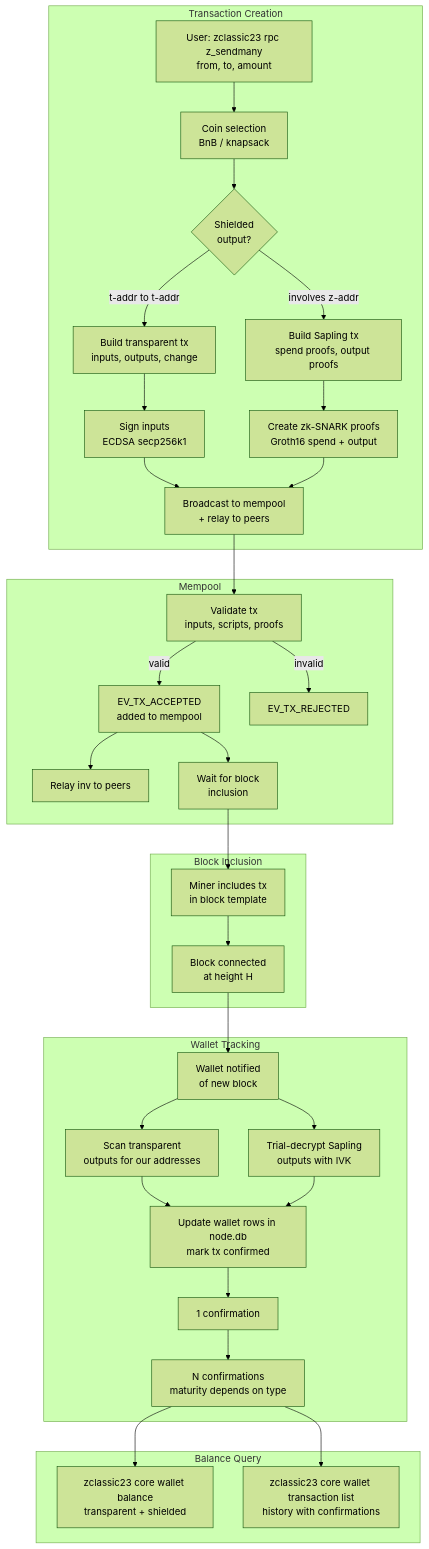
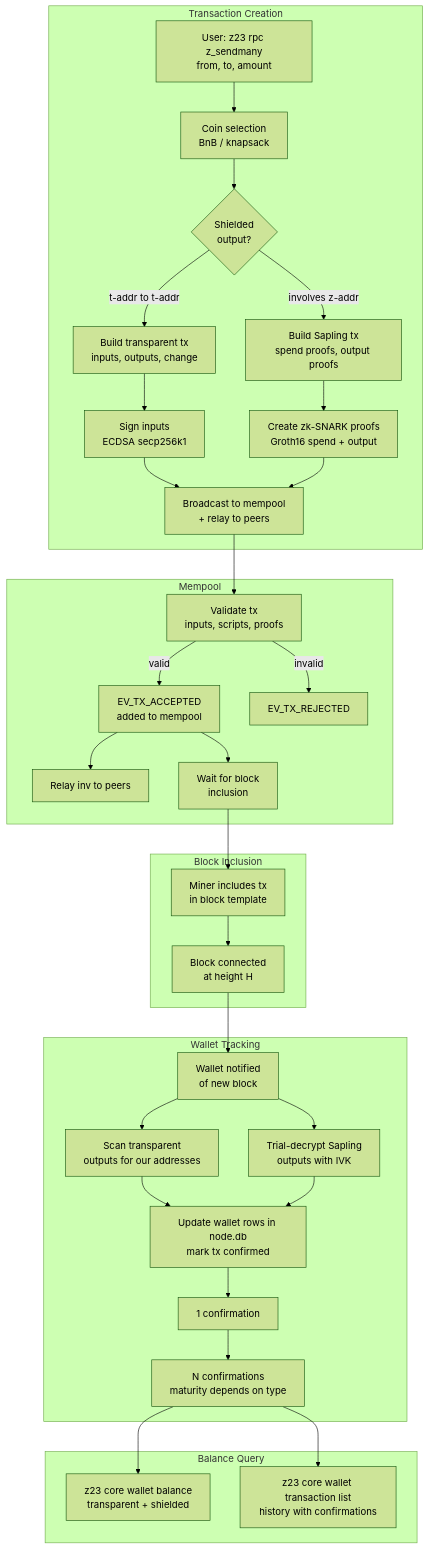
The fourth of 5 diagrams in docs/ARCHITECTURE_DIAGRAMS.md (ZclassiC23/zclassic), drawn with Mermaid (forest theme) before and after one commit. The commit also changed other lines of this file and 539 other files, not shown here.

````diff
--- a/docs/ARCHITECTURE_DIAGRAMS.md
+++ b/docs/ARCHITECTURE_DIAGRAMS.md
@@ -193,43 +193,43 @@
 ```mermaid
 flowchart TD
     subgraph Create["Transaction Creation"]
-        USER[User: zclassic23 rpc z_sendmany<br/>from, to, amount] --> SELECT[Coin selection<br/>BnB / knapsack]
+        USER[User: z23 rpc z_sendmany<br/>from, to, amount] --> SELECT[Coin selection<br/>BnB / knapsack]
         SELECT --> TRANSPARENT{Shielded<br/>output?}
         TRANSPARENT -->|t-addr to t-addr| BUILD_T[Build transparent tx<br/>inputs, outputs, change]
         TRANSPARENT -->|involves z-addr| BUILD_S[Build Sapling tx<br/>spend proofs, output proofs]
         BUILD_T --> SIGN_T[Sign inputs<br/>ECDSA secp256k1]
         BUILD_S --> SIGN_S[Create zk-SNARK proofs<br/>Groth16 spend + output]
         SIGN_T --> BROADCAST
         SIGN_S --> BROADCAST
     end
 
     BROADCAST[Broadcast to mempool<br/>+ relay to peers]
 
     subgraph Mempool["Mempool"]
         BROADCAST --> MEMPOOL_CHECK[Validate tx<br/>inputs, scripts, proofs]
         MEMPOOL_CHECK -->|valid| ACCEPT_MP[EV_TX_ACCEPTED<br/>added to mempool]
         MEMPOOL_CHECK -->|invalid| REJECT_MP[EV_TX_REJECTED]
         ACCEPT_MP --> RELAY_INV[Relay inv to peers]
         ACCEPT_MP --> WAIT[Wait for block<br/>inclusion]
     end
 
     subgraph Mining["Block Inclusion"]
         WAIT --> MINED[Miner includes tx<br/>in block template]
         MINED --> BLOCK_CONNECT[Block connected<br/>at height H]
     end
 
     subgraph Confirmation["Wallet Tracking"]
         BLOCK_CONNECT --> WALLET_NOTIFY[Wallet notified<br/>of new block]
         WALLET_NOTIFY --> SCAN_T[Scan transparent<br/>outputs for our addresses]
         WALLET_NOTIFY --> SCAN_S[Trial-decrypt Sapling<br/>outputs with IVK]
         SCAN_T --> UPDATE[Update wallet rows in node.db<br/>mark tx confirmed]
         SCAN_S --> UPDATE
         UPDATE --> CONF_1[1 confirmation]
         CONF_1 --> CONF_N[N confirmations<br/>maturity depends on type]
     end
 
     subgraph Query["Balance Query"]
-        CONF_N --> BALANCE[zclassic23 core wallet balance<br/>transparent + shielded]
-        CONF_N --> LIST[zclassic23 core wallet transaction list<br/>history with confirmations]
+        CONF_N --> BALANCE[z23 core wallet balance<br/>transparent + shielded]
+        CONF_N --> LIST[z23 core wallet transaction list<br/>history with confirmations]
     end
 ```
````
